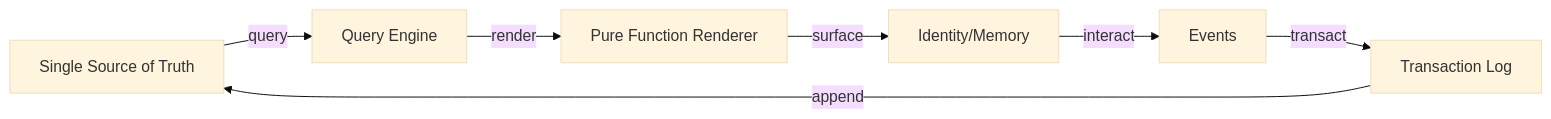
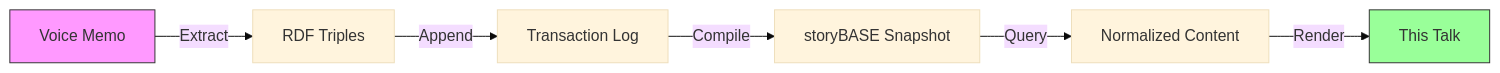
One commit to Synthetic-Identity-Co/conj-talk-2025 changed the fifth of 6 diagrams in conj-essay.md. Above: the diagram before and after it, drawn with Mermaid (base theme). The commit also changed other lines of this file, not shown here.

Commit message:
story:  e28bdf13b39c1834dde20e407b966e5575593e18

````diff
--- a/conj-essay.md
+++ b/conj-essay.md
@@ -180,9 +217,11 @@
 ```mermaid
 graph LR
-    SSoT[Single Source of Truth] -->|query| Q[Query Engine]
-    Q -->|render| R[Pure Function Renderer]
-    R -->|surface| I[Identity/Memory]
-    I -->|interact| E[Events]
-    E -->|transact| T[Transaction Log]
-    T -->|append| SSoT
+    A[Voice Memo] -->|Extract| B[RDF Triples]
+    B -->|Append| C[Transaction Log]
+    C -->|Compile| D[storyBASE Snapshot]
+    D -->|Query| E[Normalized Content]
+    E -->|Render| F[This Talk]
+    
+    style A fill:#f9f,stroke:#333
+    style F fill:#9f9,stroke:#333
 ```
````
